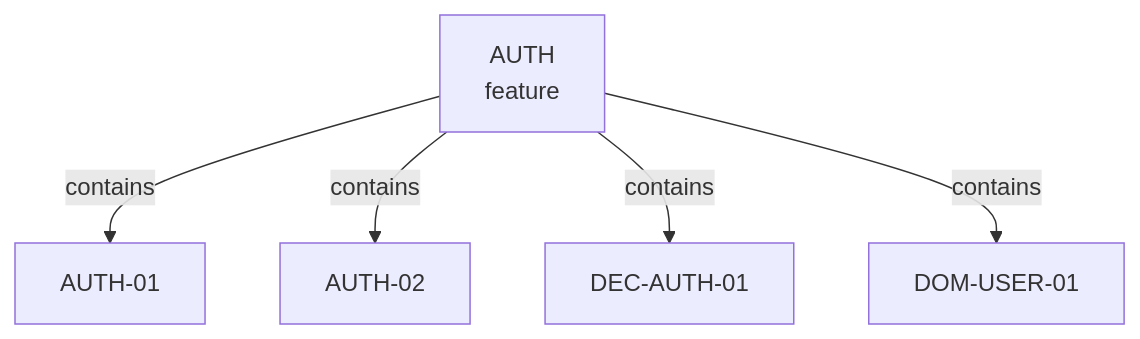
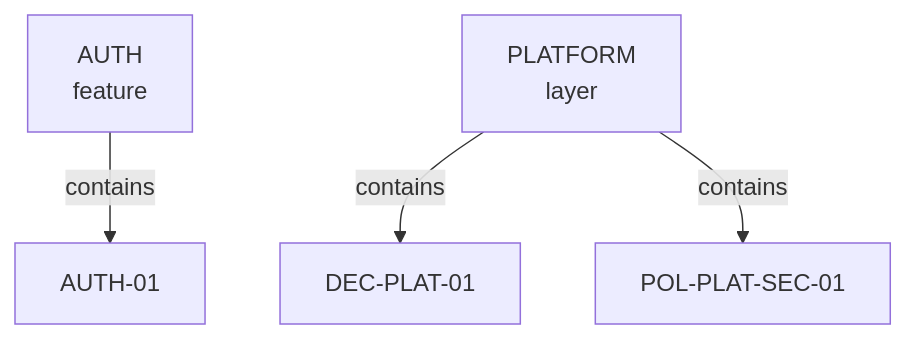
Before and after one commit to oco-adam/specgraph: the fifth of 5 diagrams in website/docs/graph/edge-types.md, drawn with Mermaid. The commit also changed other lines of this file and 40 other files, not shown here.

Commit message:
Implement layer node v2 semantics across schema tooling and docs

````diff
--- a/website/docs/graph/edge-types.md
+++ b/website/docs/graph/edge-types.md
@@ -167,7 +173,6 @@
 ```mermaid
 graph TD
     F[AUTH<br/>feature] -->|contains| B1[AUTH-01]
-    F -->|contains| B2[AUTH-02]
-    F -->|contains| D[DEC-AUTH-01]
-    F -->|contains| DOM[DOM-USER-01]
+    L[PLATFORM<br/>layer] -->|contains| D[DEC-PLAT-01]
+    L -->|contains| P[POL-PLAT-SEC-01]
 ```
````
